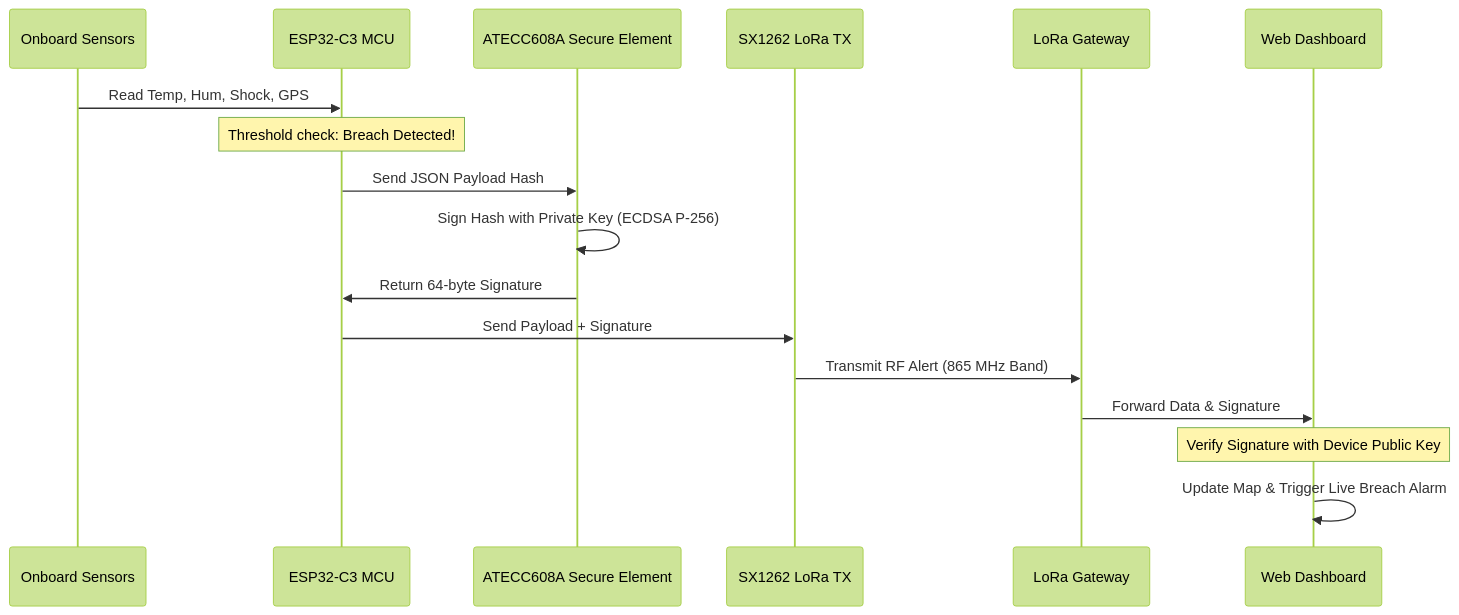
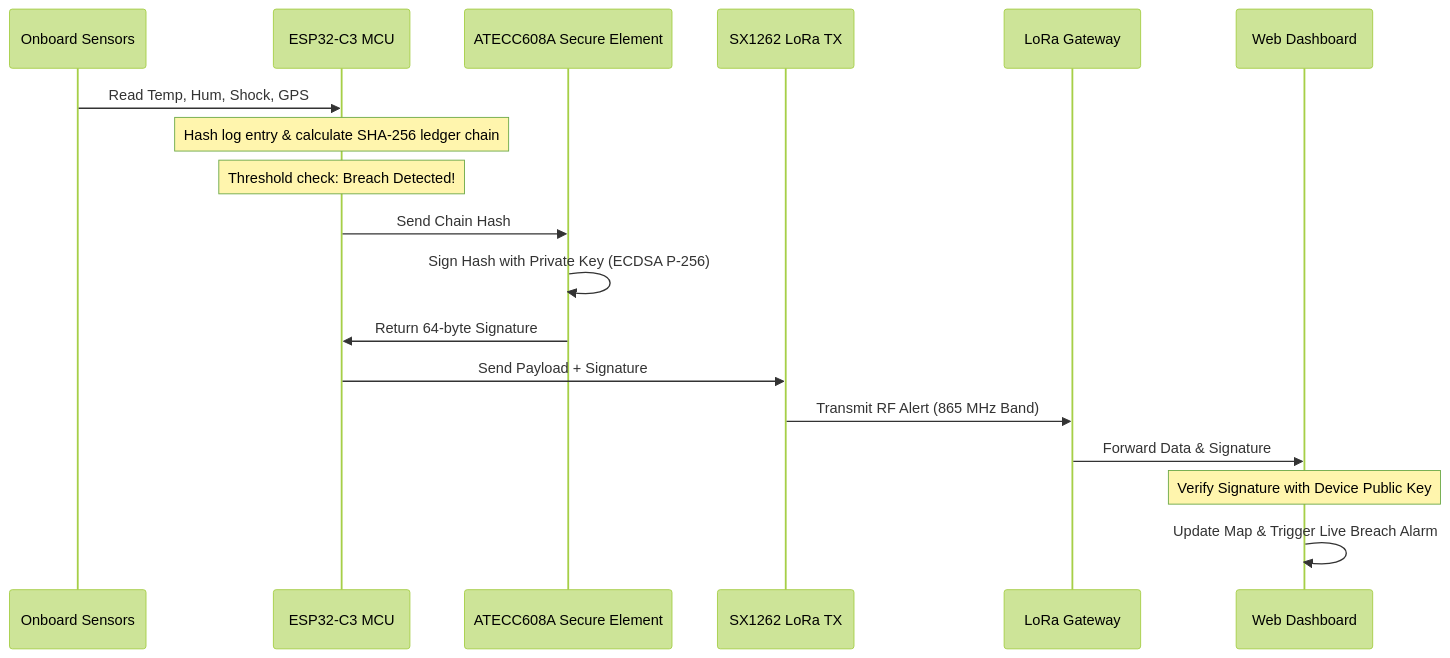
One commit to hydra-eng/CryoSentinel changed the third of 3 diagrams in README.md. Above: the diagram before and after it, drawn with Mermaid (forest theme). The commit also changed other lines of this file and 32 other files, not shown here.

````diff
--- a/README.md
+++ b/README.md
@@ -113,20 +133,21 @@
 ```mermaid
 sequenceDiagram
     participant Sensors as Onboard Sensors
     participant MCU as ESP32-C3 MCU
     participant Crypto as ATECC608A Secure Element
     participant LoRa as SX1262 LoRa TX
     participant GW as LoRa Gateway
     participant Dash as Web Dashboard
 
     Sensors->>MCU: Read Temp, Hum, Shock, GPS
+    Note over MCU: Hash log entry & calculate SHA-256 ledger chain
     Note over MCU: Threshold check: Breach Detected!
-    MCU->>Crypto: Send JSON Payload Hash
+    MCU->>Crypto: Send Chain Hash
     Crypto->>Crypto: Sign Hash with Private Key (ECDSA P-256)
     Crypto->>MCU: Return 64-byte Signature
     MCU->>LoRa: Send Payload + Signature
     LoRa->>GW: Transmit RF Alert (865 MHz Band)
     GW->>Dash: Forward Data & Signature
     Note over Dash: Verify Signature with Device Public Key
     Dash->>Dash: Update Map & Trigger Live Breach Alarm
 ```
````
